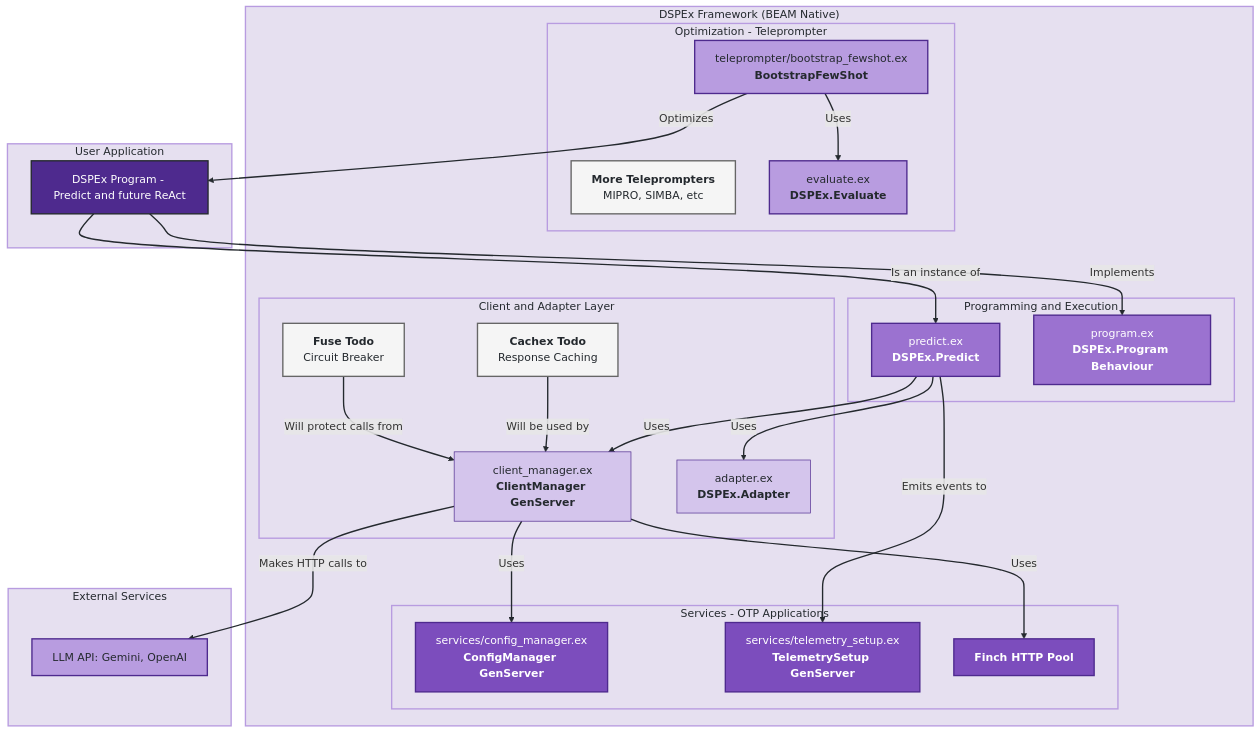
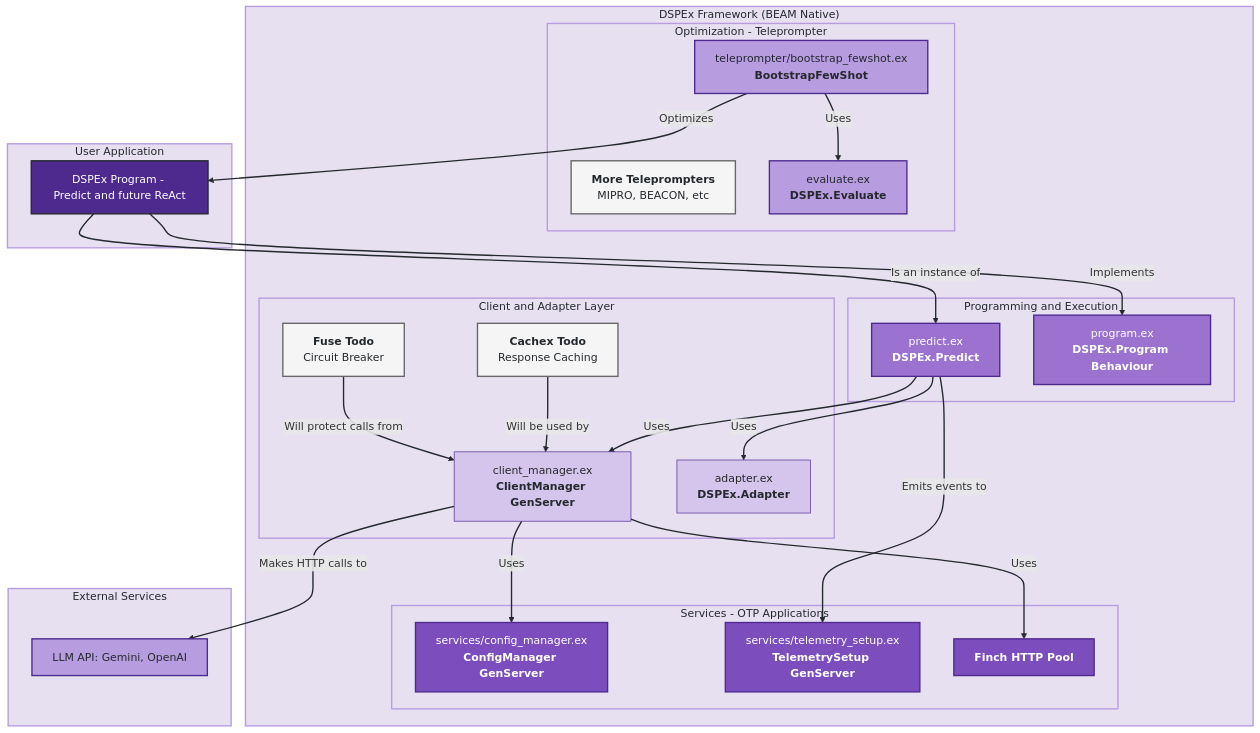
Before and after one commit to nshkrdotcom/ds_ex: the first of 4 diagrams in DIAGS_dspex_gap.md, drawn with Mermaid. The commit also changed other lines of this file and 7 other files, not shown here.

````diff
--- a/DIAGS_dspex_gap.md
+++ b/DIAGS_dspex_gap.md
@@ -14,73 +14,73 @@
 ```mermaid
 graph TD
     subgraph UA["User Application"]
         A["DSPEx Program - Predict and future ReAct"]
     end
 
     subgraph DSP["DSPEx Framework (BEAM Native)"]
         subgraph SOA["Services - OTP Applications"]
             S1["services/config_manager.ex<br><b>ConfigManager GenServer</b>"]
             S2["services/telemetry_setup.ex<br><b>TelemetrySetup GenServer</b>"]
             S3["<b>Finch HTTP Pool</b>"]
         end
 
         subgraph PAE["Programming and Execution"]
             P["predict.ex<br><b>DSPEx.Predict</b>"]
             PROG["program.ex<br><b>DSPEx.Program Behaviour</b>"]
         end
 
         subgraph OT["Optimization - Teleprompter"]
             T["teleprompter/bootstrap_fewshot.ex<br><b>BootstrapFewShot</b>"]
-            T_TODO["<b>More Teleprompters</b><br>MIPRO, SIMBA, etc"]
+            T_TODO["<b>More Teleprompters</b><br>MIPRO, BEACON, etc"]
             EVAL["evaluate.ex<br><b>DSPEx.Evaluate</b>"]
         end
 
         subgraph CAL["Client and Adapter Layer"]
             CM["client_manager.ex<br><b>ClientManager GenServer</b>"]
             ADP["adapter.ex<br><b>DSPEx.Adapter</b>"]
             CM_CACHE["<b>Cachex Todo</b><br>Response Caching"]
             CM_FUSE["<b>Fuse Todo</b><br>Circuit Breaker"]
         end
     end
 
     subgraph ES["External Services"]
         LLM["LLM API: Gemini, OpenAI"]
     end
 
     A -- "Implements" --> PROG
     A -- "Is an instance of" --> P
 
     P -- "Uses" --> CM
     P -- "Uses" --> ADP
     CM -- "Uses" --> S1
     CM -- "Uses" --> S3
     P -- "Emits events to" --> S2
 
     T -- "Optimizes" --> A
     T -- "Uses" --> EVAL
 
     CM_CACHE -- "Will be used by" --> CM
     CM_FUSE -- "Will protect calls from" --> CM
     CM -- "Makes HTTP calls to" --> LLM
 
     %% Elixir-inspired styling
     classDef setupPhase fill:#4e2a8e,stroke:#24292e,stroke-width:2px,color:#fff
     classDef concurrentEngine fill:#7c4dbd,stroke:#4e2a8e,stroke-width:2px,color:#fff
     classDef taskNode fill:#9b72d0,stroke:#4e2a8e,stroke-width:2px,color:#fff
     classDef processNode fill:#b89ce0,stroke:#4e2a8e,stroke-width:2px,color:#24292e
     classDef resultNode fill:#d4c5ec,stroke:#4e2a8e,stroke-width:1px,color:#24292e
     classDef aggregationPhase fill:#f5f5f5,stroke:#666,stroke-width:2px,color:#24292e
     classDef subgraphTitleTop fill:#e6e0f0,stroke:#b89ce0,stroke-width:2px,color:#24292e
 
     class A setupPhase
     class S1,S2,S3 concurrentEngine
     class P,PROG taskNode
     class T,EVAL processNode
     class CM,ADP resultNode
     class T_TODO,CM_CACHE,CM_FUSE aggregationPhase
     class LLM processNode
     class UA,DSP,SOA,PAE,OT,CAL,ES subgraphTitleTop
 
     %% Darker arrow styling for better visibility
     linkStyle default stroke:#24292e,stroke-width:2px
 ```
````
